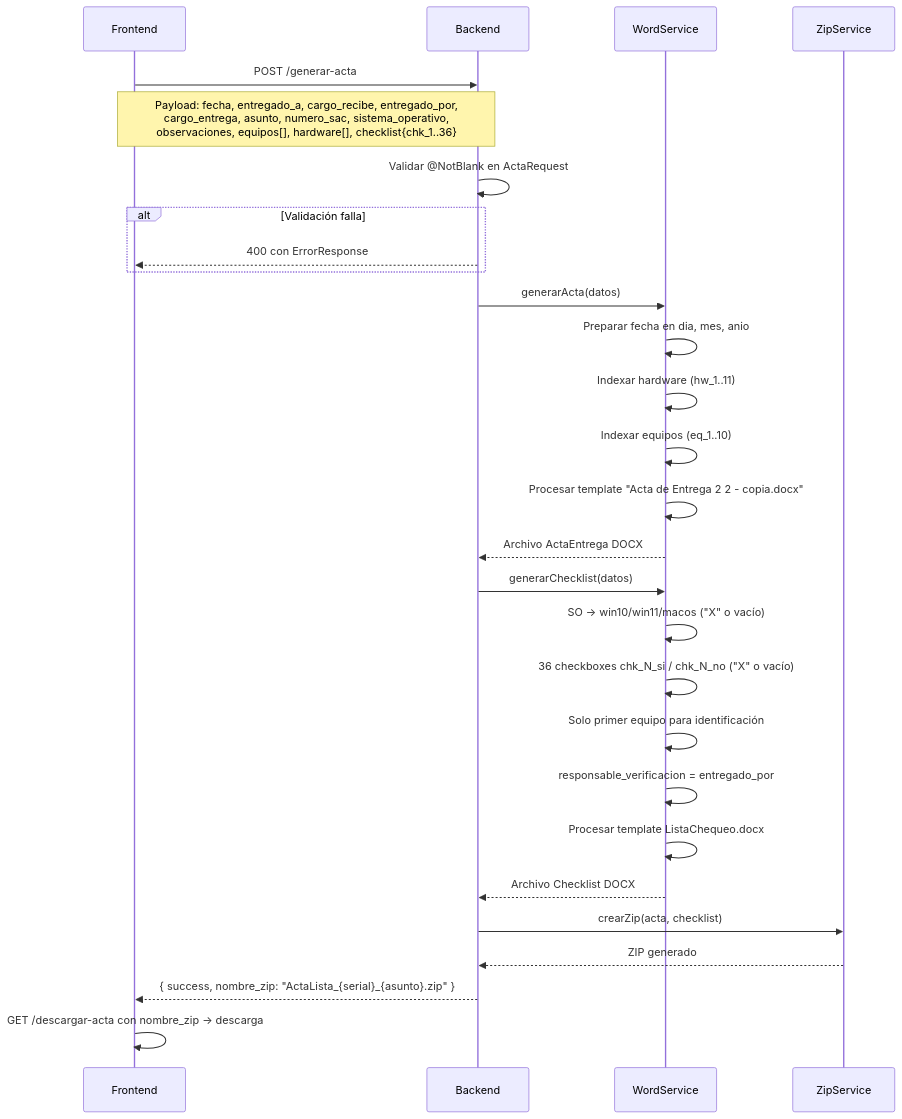
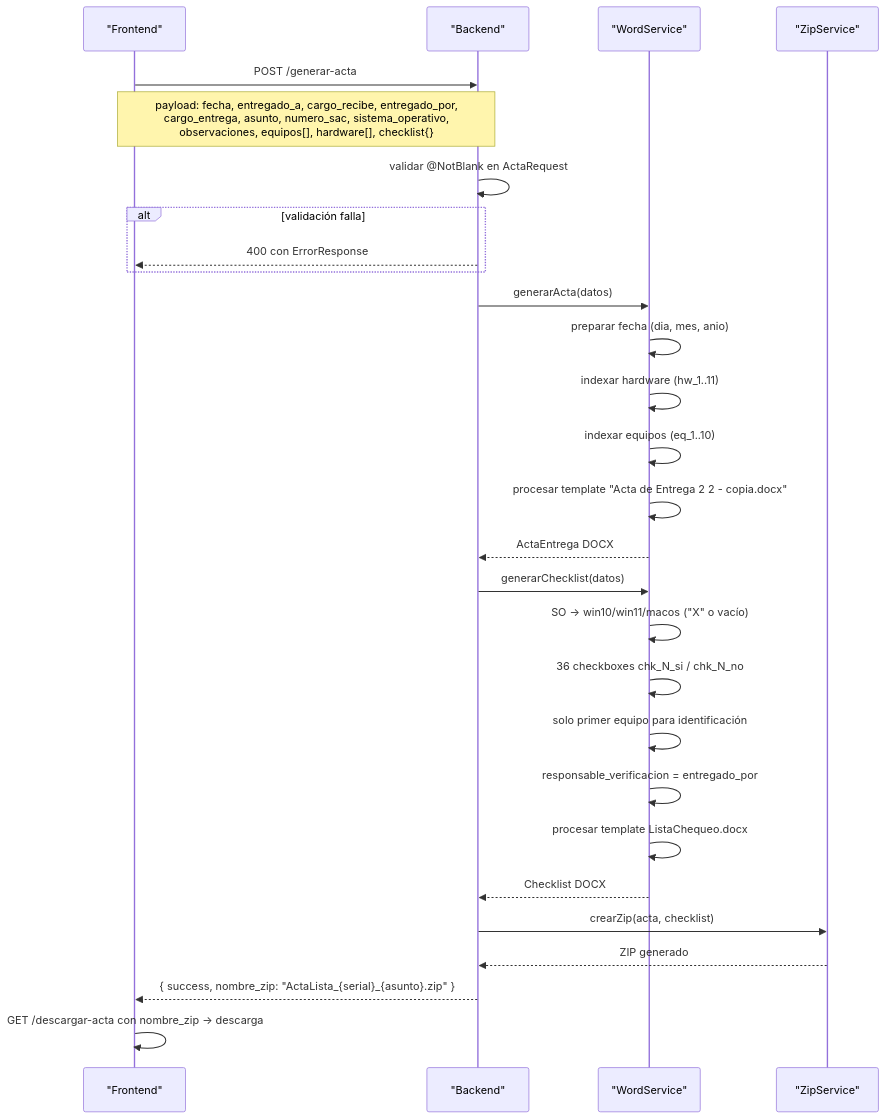
The third of 13 diagrams in FLUJO_FUNCIONAL.md (juanjosehc/actas-glpi), drawn with Mermaid before and after one commit. The commit also changed other lines of this file and 11 other files, not shown here.

````diff
--- a/FLUJO_FUNCIONAL.md
+++ b/FLUJO_FUNCIONAL.md
@@ -99,36 +100,31 @@
 ```mermaid
 sequenceDiagram
-    participant U as Frontend
-    participant B as Backend
-    participant W as WordService
-    participant Z as ZipService
+    participant U as "Frontend"
+    participant B as "Backend"
+    participant W as "WordService"
+    participant Z as "ZipService"
 
     U->>B: POST /generar-acta
-    Note over U,B: Payload: fecha, entregado_a, cargo_recibe, entregado_por,<br/>cargo_entrega, asunto, numero_sac, sistema_operativo,<br/>observaciones, equipos[], hardware[], checklist{chk_1..36}
-
-    B->>B: Validar @NotBlank en ActaRequest
-    alt Validación falla
+    Note over U,B: payload: fecha, entregado_a, cargo_recibe, entregado_por,<br/>cargo_entrega, asunto, numero_sac, sistema_operativo,<br/>observaciones, equipos[], hardware[], checklist{}
+    B->>B: validar @NotBlank en ActaRequest
+    alt validación falla
         B-->>U: 400 con ErrorResponse
     end
-
     B->>W: generarActa(datos)
-    W->>W: Preparar fecha en dia, mes, anio
-    W->>W: Indexar hardware (hw_1..11)
-    W->>W: Indexar equipos (eq_1..10)
-    W->>W: Procesar template "Acta de Entrega 2 2 - copia.docx"
-    W-->>B: Archivo ActaEntrega DOCX
-
+    W->>W: preparar fecha (dia, mes, anio)
+    W->>W: indexar hardware (hw_1..11)
+    W->>W: indexar equipos (eq_1..10)
+    W->>W: procesar template "Acta de Entrega 2 2 - copia.docx"
+    W-->>B: ActaEntrega DOCX
     B->>W: generarChecklist(datos)
     W->>W: SO → win10/win11/macos ("X" o vacío)
-    W->>W: 36 checkboxes chk_N_si / chk_N_no ("X" o vacío)
-    W->>W: Solo primer equipo para identificación
+    W->>W: 36 checkboxes chk_N_si / chk_N_no
+    W->>W: solo primer equipo para identificación
     W->>W: responsable_verificacion = entregado_por
-    W->>W: Procesar template ListaChequeo.docx
-    W-->>B: Archivo Checklist DOCX
-
+    W->>W: procesar template ListaChequeo.docx
+    W-->>B: Checklist DOCX
     B->>Z: crearZip(acta, checklist)
     Z-->>B: ZIP generado
-
     B-->>U: { success, nombre_zip: "ActaLista_{serial}_{asunto}.zip" }
     U->>U: GET /descargar-acta con nombre_zip → descarga
 ```
````
